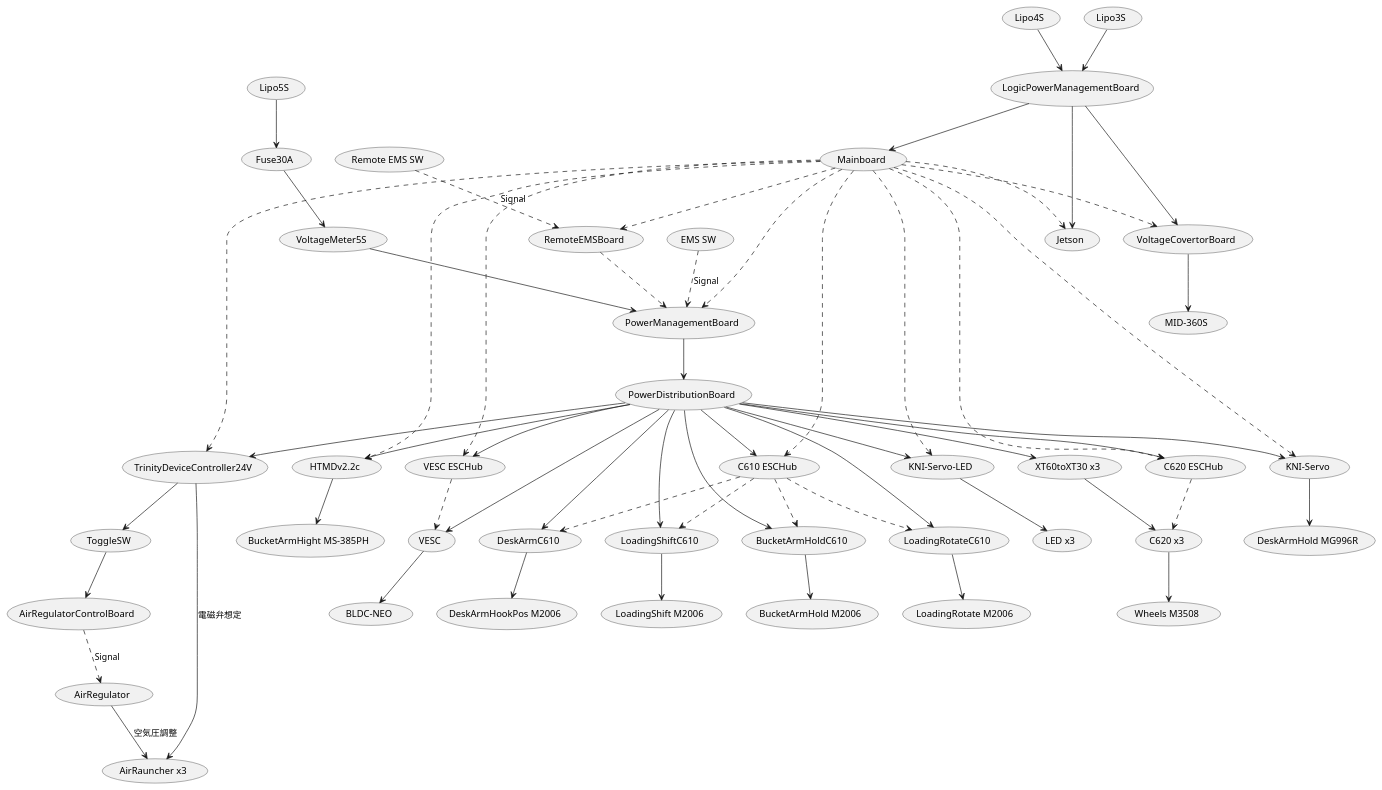
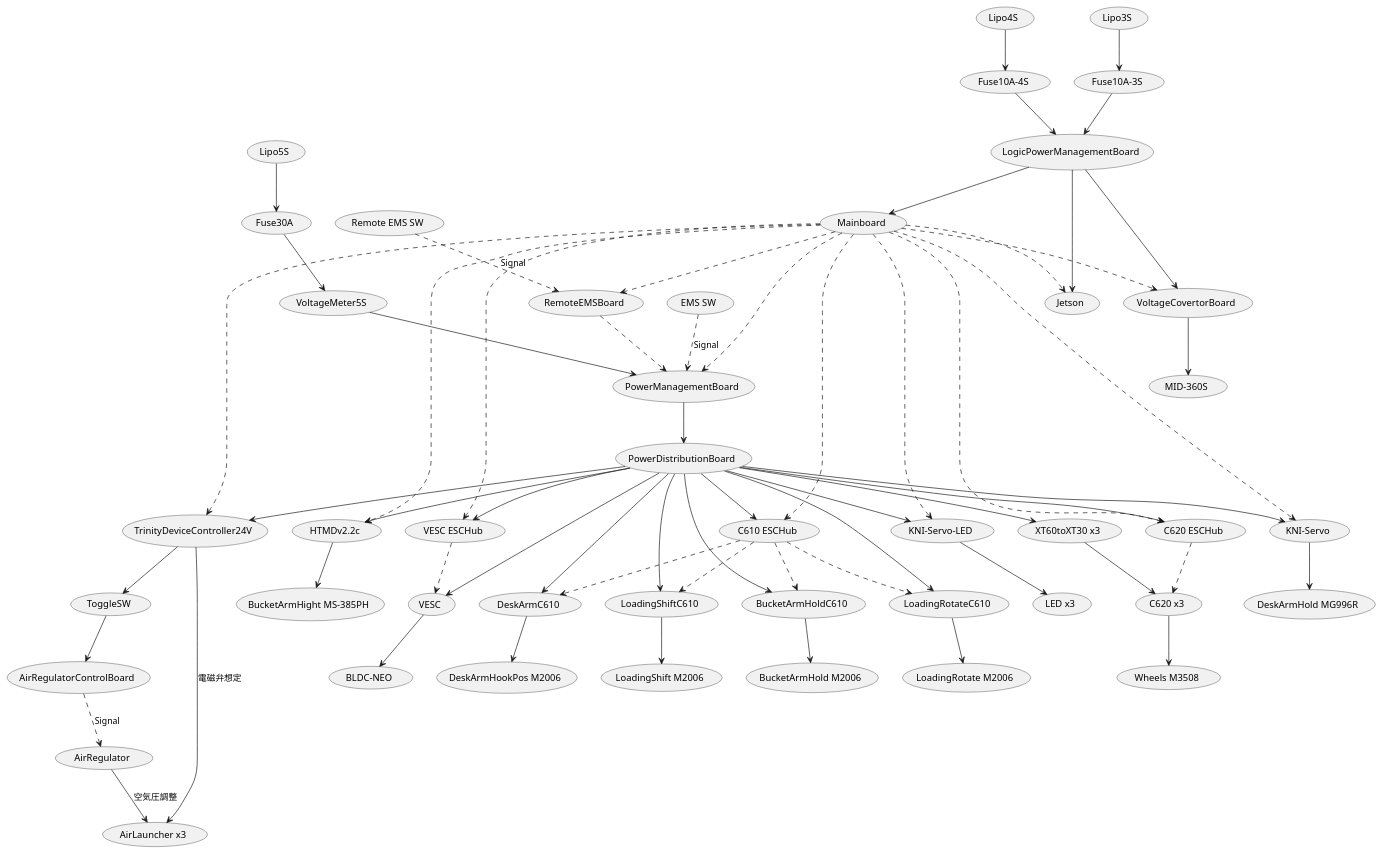
The diagram in wireing/wireing_diagram.pu (tmcit-ararobo-2026a/system-design), drawn with PlantUML before and after one commit.

Commit message:
feat:Add fuse for logic power

```diff
--- a/wireing/wireing_diagram.pu
+++ b/wireing/wireing_diagram.pu
@@ -1,64 +1,66 @@
 @startuml Power wireing Diagram
 
 (Lipo5S) --> (Fuse30A)
 (Fuse30A) --> (VoltageMeter5S)
 (VoltageMeter5S) --> (PowerManagementBoard)
 (PowerManagementBoard) --> (PowerDistributionBoard)
 (PowerDistributionBoard) --> (VESC)
 (VESC) --> (BLDC-NEO)
 (PowerDistributionBoard) --> (XT60toXT30 x3)
 (XT60toXT30 x3) --> (C620 x3)
 (C620 x3) --> (Wheels M3508)
 (PowerDistributionBoard) --> (BucketArmHoldC610)
 (BucketArmHoldC610) --> (BucketArmHold M2006)
 (PowerDistributionBoard) --> (LoadingShiftC610)
 (LoadingShiftC610) --> (LoadingShift M2006)
 (PowerDistributionBoard) --> (LoadingRotateC610)
 (LoadingRotateC610) --> (LoadingRotate M2006)
 (PowerDistributionBoard) --> (HTMDv2.2c)
 (HTMDv2.2c) --> (BucketArmHight MS-385PH)
 (PowerDistributionBoard) --> (DeskArmC610)
 (DeskArmC610) --> (DeskArmHookPos M2006)
 (PowerDistributionBoard) --> (KNI-Servo)
 (KNI-Servo) --> (DeskArmHold MG996R)
 (PowerDistributionBoard) --> (KNI-Servo-LED)
 (KNI-Servo-LED) --> (LED x3)
 (PowerDistributionBoard) --> (TrinityDeviceController24V)
-(TrinityDeviceController24V) --> (AirRauncher x3) : 電磁弁想定
+(TrinityDeviceController24V) --> (AirLauncher x3) : 電磁弁想定
 (TrinityDeviceController24V) --> (ToggleSW)
 (ToggleSW) --> (AirRegulatorControlBoard)
 (AirRegulatorControlBoard) ..> (AirRegulator) : Signal
-(AirRegulator) --> (AirRauncher x3) : 空気圧調整
+(AirRegulator) --> (AirLauncher x3) : 空気圧調整
 (PowerDistributionBoard) --> (C620 ESCHub)
 (PowerDistributionBoard) --> (C610 ESCHub)
 (PowerDistributionBoard) --> (VESC ESCHub)
 
 (EMS SW) ..> (PowerManagementBoard) : Signal
 (Remote EMS SW) ..> (RemoteEMSBoard) : Signal
 (RemoteEMSBoard) ..> (PowerManagementBoard)
 
-(Lipo4S) --> (LogicPowerManagementBoard)
-(Lipo3S) --> (LogicPowerManagementBoard)
+(Lipo4S) --> (Fuse10A-4S)
+(Lipo3S) --> (Fuse10A-3S)
+(Fuse10A-4S) --> (LogicPowerManagementBoard)
+(Fuse10A-3S) --> (LogicPowerManagementBoard)
 (LogicPowerManagementBoard) --> (Jetson)
 (LogicPowerManagementBoard) --> (Mainboard)
 (LogicPowerManagementBoard) --> (VoltageCovertorBoard)
 (VoltageCovertorBoard) --> (MID-360S)
 (Mainboard) ..> (C620 ESCHub)
 (C620 ESCHub) ..> (C620 x3)
 (Mainboard) ..> (C610 ESCHub)
 (C610 ESCHub) ..> (BucketArmHoldC610)
 (C610 ESCHub) ..> (LoadingShiftC610)
 (C610 ESCHub) ..> (LoadingRotateC610)
 (C610 ESCHub) ..> (DeskArmC610)
 (Mainboard) ..> (VESC ESCHub)
 (VESC ESCHub) ..> (VESC)
 (Mainboard) ..> (HTMDv2.2c)
 (Mainboard) ..> (KNI-Servo)
 (Mainboard) ..> (KNI-Servo-LED)
 (Mainboard) ..> (TrinityDeviceController24V)
 (Mainboard) ..> (Jetson)
 (Mainboard) ..> (PowerManagementBoard)
 (Mainboard) ..> (VoltageCovertorBoard)
 (Mainboard) ..> (RemoteEMSBoard)
 
 @enduml
```
